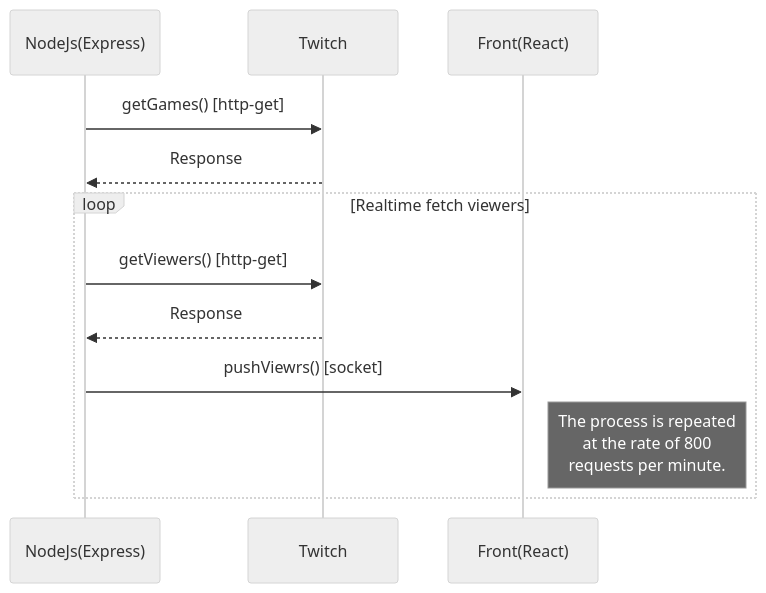
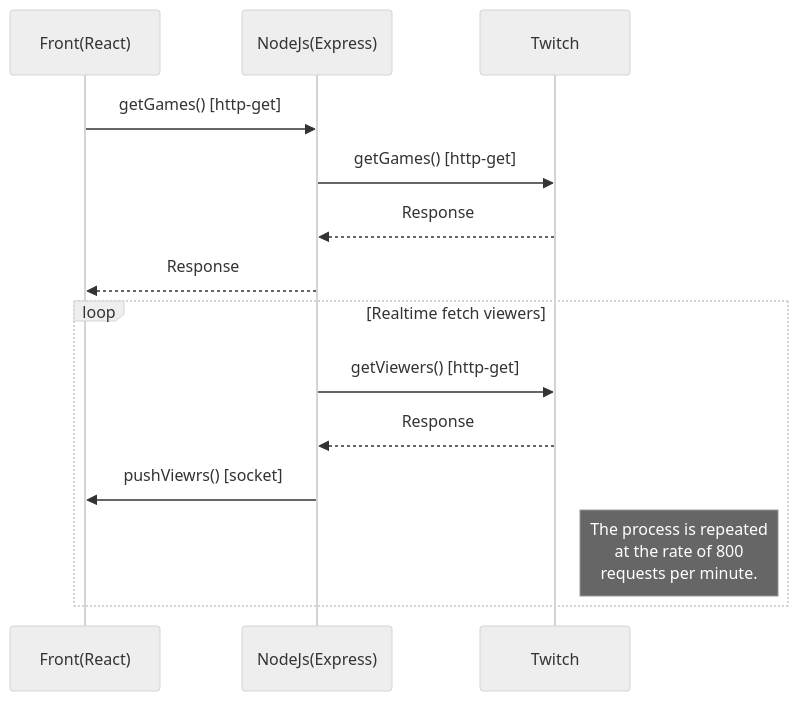
The diagram in README.md (AhmedOuali/atecna-technical-test), drawn with Mermaid (neutral theme) before and after one commit. The commit also changed other lines of this file and 1 other file, not shown here.

````diff
--- a/README.md
+++ b/README.md
@@ -17,12 +41,15 @@
 ```mermaid
 sequenceDiagram
+Front(React) ->> NodeJs(Express): getGames() [http-get]
 NodeJs(Express) ->> Twitch: getGames() [http-get]
 Twitch -->> NodeJs(Express): Response
+NodeJs(Express) -->> Front(React): Response
+
 loop Realtime fetch viewers
 NodeJs(Express) ->> Twitch: getViewers() [http-get]
 Twitch -->> NodeJs(Express): Response
 NodeJs(Express) ->>Front(React): pushViewrs() [socket]
 
-Note right of Front(React): The process is repeated <br>at the rate of 800 <br> requests per minute.
+Note right of Twitch : The process is repeated <br>at the rate of 800 <br> requests per minute.
 end
 ```
````
